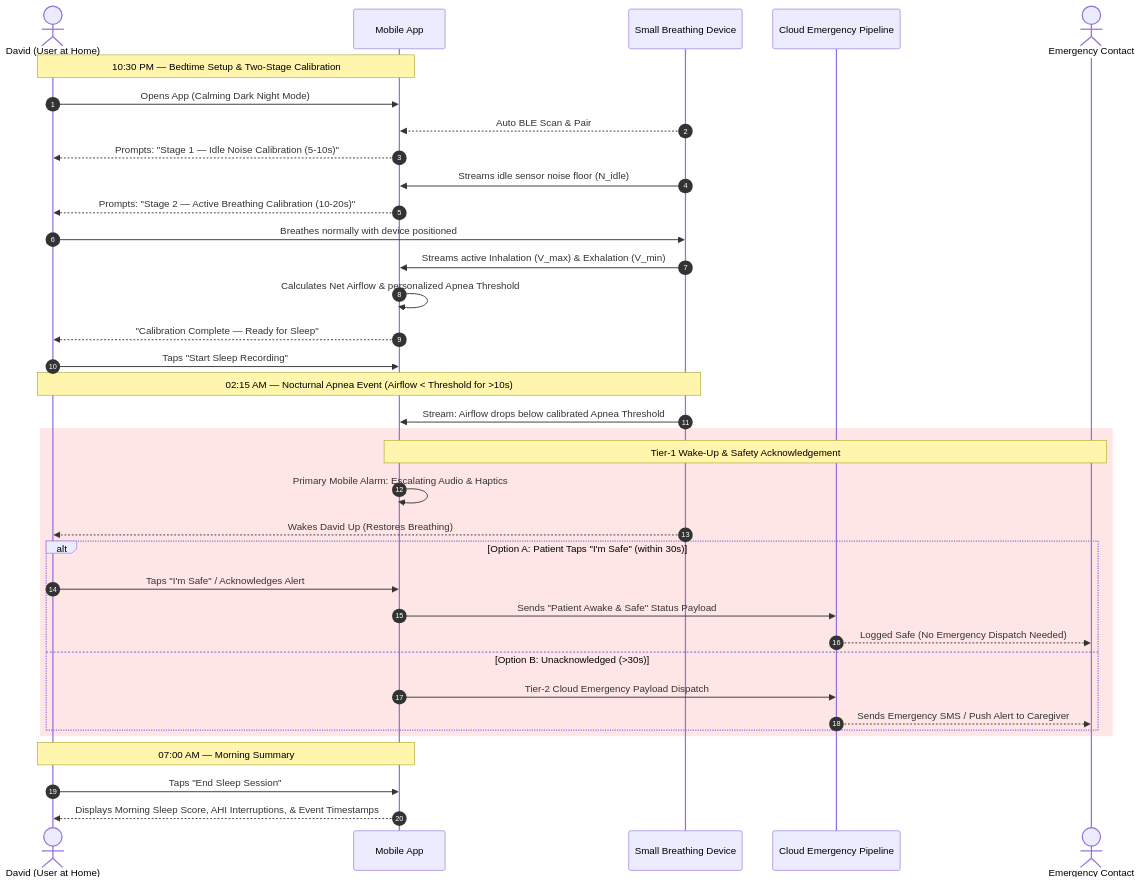
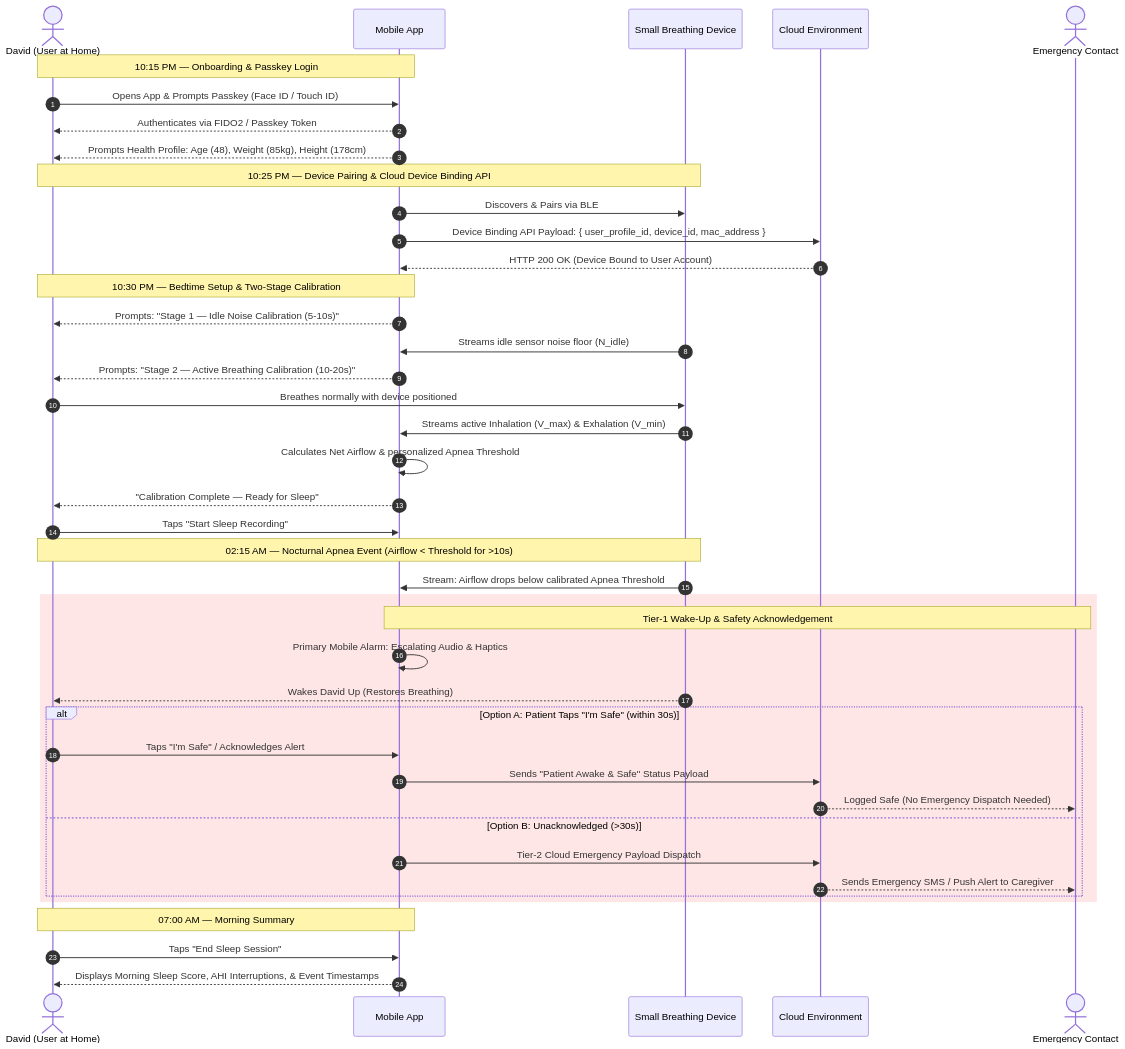
The diagram in _bmad-output/prd/prd.md (reidlai/masker-app), drawn with Mermaid before and after one commit. The commit also changed other lines of this file and 1 other file, not shown here.

Commit message:
docs: update PRD v1.6.0 and Architecture Spine v1.2.0 with Passkey Auth (AD-8), Health Profile FR-5, Device Binding API (AD-9), and Doctor Sharing Framework

````diff
--- a/_bmad-output/prd/prd.md
+++ b/_bmad-output/prd/prd.md
@@ -40,42 +41,50 @@
 ```mermaid
 sequenceDiagram
     autonumber
     actor David as David (User at Home)
     participant App as Mobile App
     participant BLE as Small Breathing Device
-    participant Cloud as Cloud Emergency Pipeline
+    participant Cloud as Cloud Environment
     actor Contact as Emergency Contact
 
+    Note over David, App: 10:15 PM — Onboarding & Passkey Login
+    David->>App: Opens App & Prompts Passkey (Face ID / Touch ID)
+    App-->>David: Authenticates via FIDO2 / Passkey Token
+    App-->>David: Prompts Health Profile: Age (48), Weight (85kg), Height (178cm)
+    
+    Note over David, BLE: 10:25 PM — Device Pairing & Cloud Device Binding API
+    App->>BLE: Discovers & Pairs via BLE
+    App->>Cloud: Device Binding API Payload: { user_profile_id, device_id, mac_address }
+    Cloud-->>App: HTTP 200 OK (Device Bound to User Account)
+
     Note over David, App: 10:30 PM — Bedtime Setup & Two-Stage Calibration
-    David->>App: Opens App (Calming Dark Night Mode)
-    BLE-->>App: Auto BLE Scan & Pair
     App-->>David: Prompts: "Stage 1 — Idle Noise Calibration (5-10s)"
     BLE->>App: Streams idle sensor noise floor (N_idle)
     App-->>David: Prompts: "Stage 2 — Active Breathing Calibration (10-20s)"
     David->>BLE: Breathes normally with device positioned
     BLE->>App: Streams active Inhalation (V_max) & Exhalation (V_min)
     App->>App: Calculates Net Airflow & personalized Apnea Threshold
     App-->>David: "Calibration Complete — Ready for Sleep"
     David->>App: Taps "Start Sleep Recording"
 
     Note over David, BLE: 02:15 AM — Nocturnal Apnea Event (Airflow < Threshold for >10s)
     BLE->>App: Stream: Airflow drops below calibrated Apnea Threshold
     
     rect rgb(255, 230, 230)
         Note over App, Contact: Tier-1 Wake-Up & Safety Acknowledgement
         App->>App: Primary Mobile Alarm: Escalating Audio & Haptics
         BLE-->>David: Wakes David Up (Restores Breathing)
         alt Option A: Patient Taps "I'm Safe" (within 30s)
             David->>App: Taps "I'm Safe" / Acknowledges Alert
             App->>Cloud: Sends "Patient Awake & Safe" Status Payload
             Cloud-->>Contact: Logged Safe (No Emergency Dispatch Needed)
         else Option B: Unacknowledged (>30s)
             App->>Cloud: Tier-2 Cloud Emergency Payload Dispatch
             Cloud-->>Contact: Sends Emergency SMS / Push Alert to Caregiver
         end
     end
 
     Note over David, App: 07:00 AM — Morning Summary
     David->>App: Taps "End Sleep Session"
     App-->>David: Displays Morning Sleep Score, AHI Interruptions, & Event Timestamps
 ```
````
